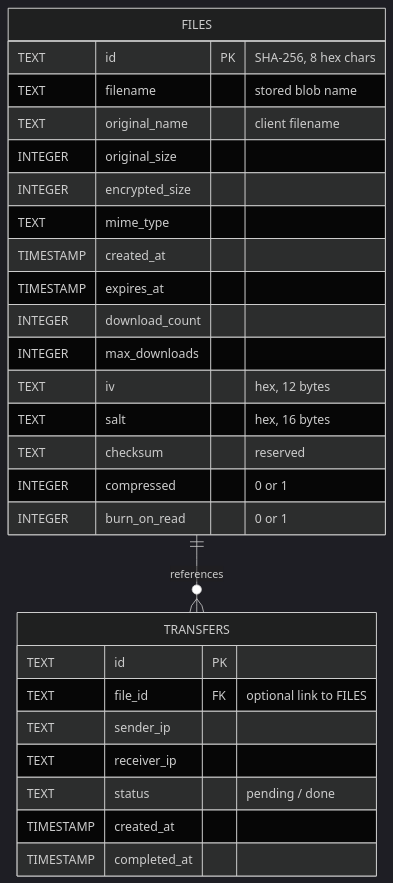
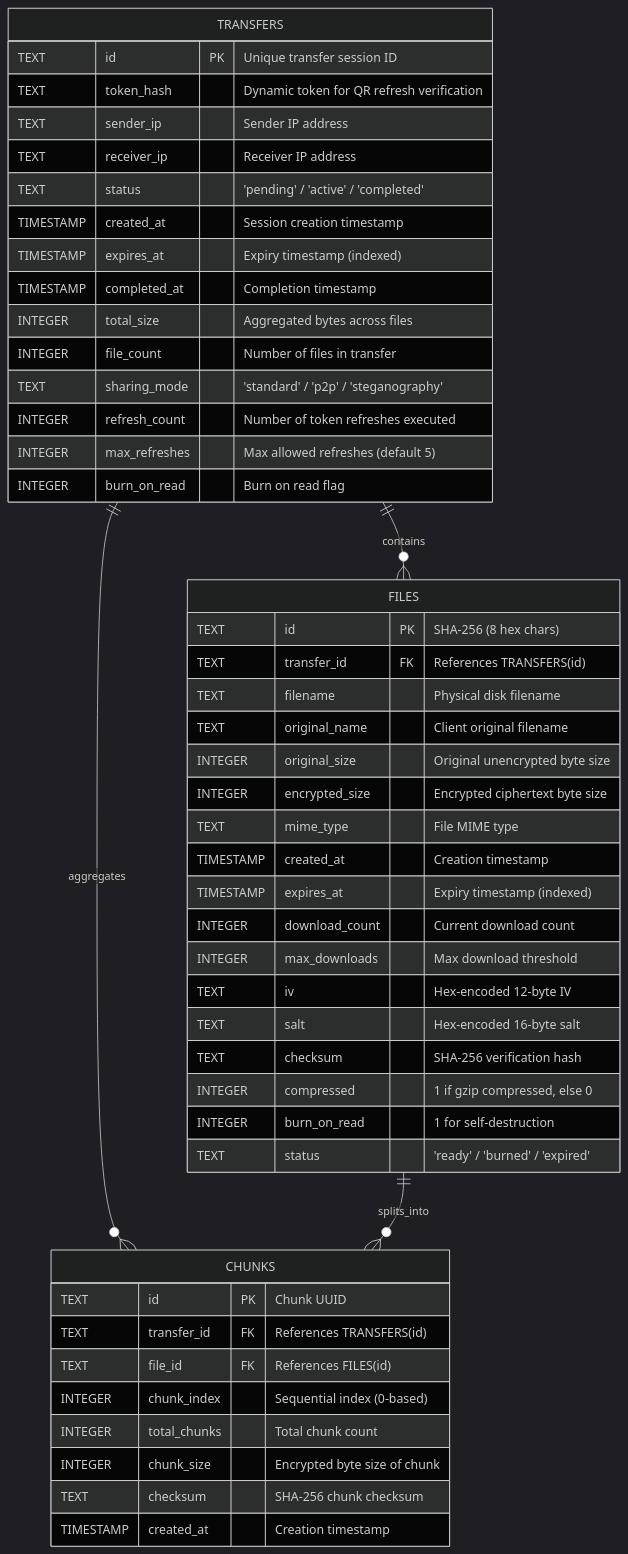
Before and after one commit to sujalkathait93-lab/filesender: the seventh of 8 diagrams in README.md, drawn with Mermaid (dark theme). The commit also changed other lines of this file and 51 other files, not shown here.

Commit message:
feat(v2.2.0): add universal 30s preview, 2GB multi-file bundling, mobile responsiveness & modular LLD architecture

````diff
--- a/README.md
+++ b/README.md
@@ -304,32 +532,54 @@
 ```mermaid
 erDiagram
-    FILES ||--o{ TRANSFERS : references
+    TRANSFERS ||--o{ FILES : contains
+    TRANSFERS ||--o{ CHUNKS : aggregates
+    FILES ||--o{ CHUNKS : splits_into
 
     FILES {
-        TEXT id PK "SHA-256, 8 hex chars"
-        TEXT filename "stored blob name"
-        TEXT original_name "client filename"
-        INTEGER original_size
-        INTEGER encrypted_size
-        TEXT mime_type
-        TIMESTAMP created_at
-        TIMESTAMP expires_at
-        INTEGER download_count
-        INTEGER max_downloads
-        TEXT iv "hex, 12 bytes"
-        TEXT salt "hex, 16 bytes"
-        TEXT checksum "reserved"
-        INTEGER compressed "0 or 1"
-        INTEGER burn_on_read "0 or 1"
+        TEXT id PK "SHA-256 (8 hex chars)"
+        TEXT transfer_id FK "References TRANSFERS(id)"
+        TEXT filename "Physical disk filename"
+        TEXT original_name "Client original filename"
+        INTEGER original_size "Original unencrypted byte size"
+        INTEGER encrypted_size "Encrypted ciphertext byte size"
+        TEXT mime_type "File MIME type"
+        TIMESTAMP created_at "Creation timestamp"
+        TIMESTAMP expires_at "Expiry timestamp (indexed)"
+        INTEGER download_count "Current download count"
+        INTEGER max_downloads "Max download threshold"
+        TEXT iv "Hex-encoded 12-byte IV"
+        TEXT salt "Hex-encoded 16-byte salt"
+        TEXT checksum "SHA-256 verification hash"
+        INTEGER compressed "1 if gzip compressed, else 0"
+        INTEGER burn_on_read "1 for self-destruction"
+        TEXT status "'ready' / 'burned' / 'expired'"
     }
 
     TRANSFERS {
-        TEXT id PK
-        TEXT file_id FK "optional link to FILES"
-        TEXT sender_ip
-        TEXT receiver_ip
-        TEXT status "pending / done"
-        TIMESTAMP created_at
-        TIMESTAMP completed_at
+        TEXT id PK "Unique transfer session ID"
+        TEXT token_hash "Dynamic token for QR refresh verification"
+        TEXT sender_ip "Sender IP address"
+        TEXT receiver_ip "Receiver IP address"
+        TEXT status "'pending' / 'active' / 'completed'"
+        TIMESTAMP created_at "Session creation timestamp"
+        TIMESTAMP expires_at "Expiry timestamp (indexed)"
+        TIMESTAMP completed_at "Completion timestamp"
+        INTEGER total_size "Aggregated bytes across files"
+        INTEGER file_count "Number of files in transfer"
+        TEXT sharing_mode "'standard' / 'p2p' / 'steganography'"
+        INTEGER refresh_count "Number of token refreshes executed"
+        INTEGER max_refreshes "Max allowed refreshes (default 5)"
+        INTEGER burn_on_read "Burn on read flag"
+    }
+
+    CHUNKS {
+        TEXT id PK "Chunk UUID"
+        TEXT transfer_id FK "References TRANSFERS(id)"
+        TEXT file_id FK "References FILES(id)"
+        INTEGER chunk_index "Sequential index (0-based)"
+        INTEGER total_chunks "Total chunk count"
+        INTEGER chunk_size "Encrypted byte size of chunk"
+        TEXT checksum "SHA-256 chunk checksum"
+        TIMESTAMP created_at "Creation timestamp"
     }
 ```
````
